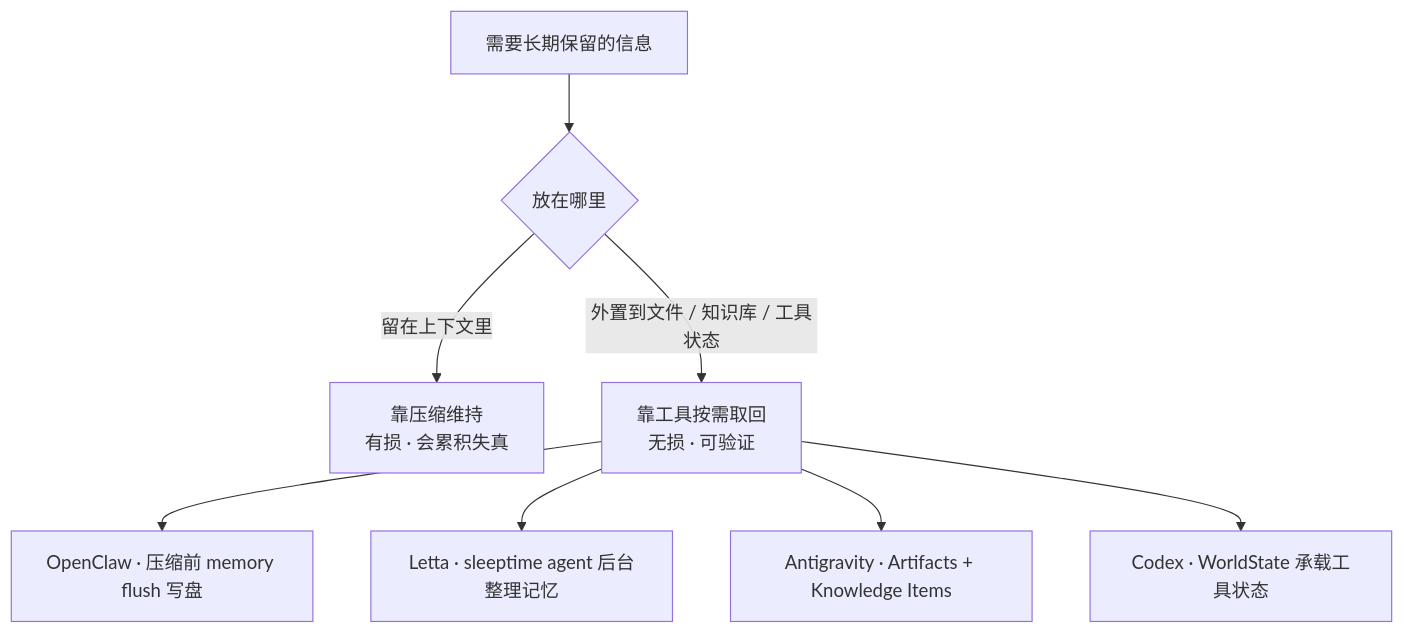
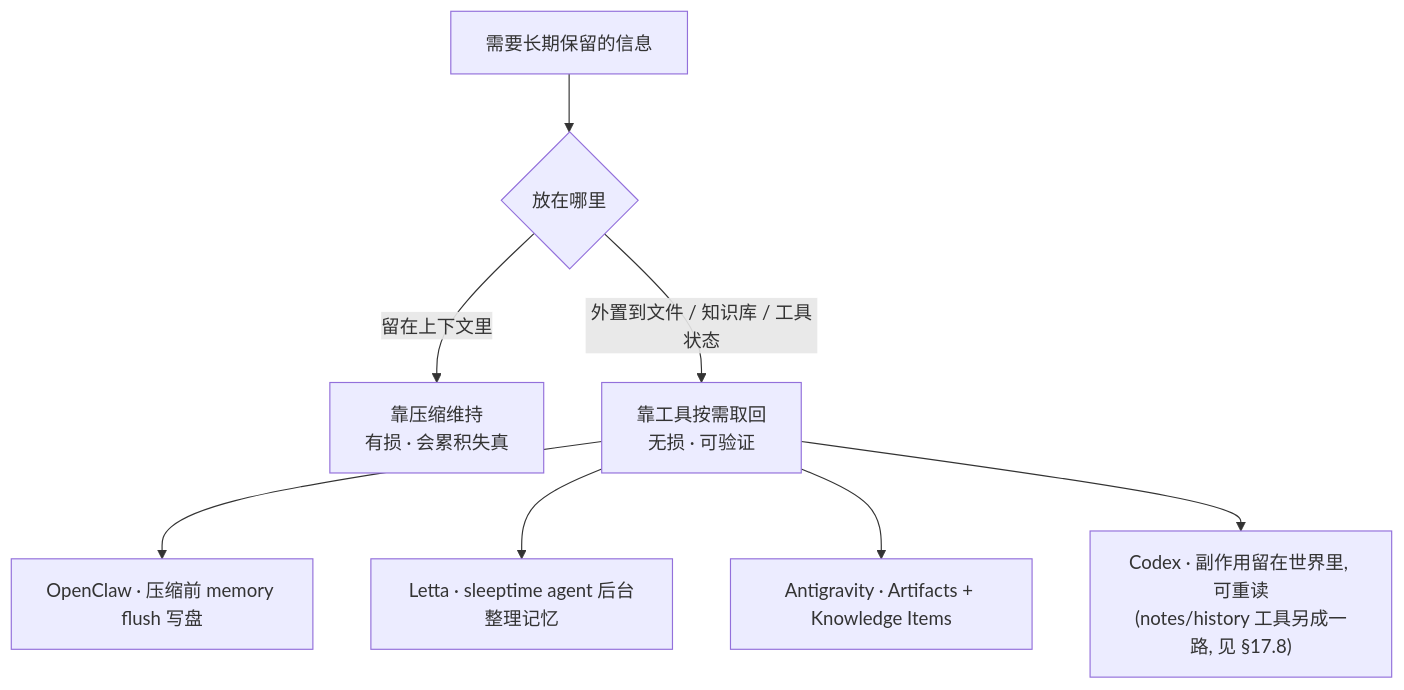
Before and after one commit to caiboyang/ML-learning: the sixth of 19 diagrams in agent-context-compression/Agent_Context_Compression_Research.md, drawn with Mermaid. The commit also changed other lines of this file, not shown here.

````diff
--- a/agent-context-compression/Agent_Context_Compression_Research.md
+++ b/agent-context-compression/Agent_Context_Compression_Research.md
@@ -341,10 +351,10 @@
 ```mermaid
 flowchart TD
     S["需要长期保留的信息"] --> Q{"放在哪里"}
     Q -->|"留在上下文里"| A["靠压缩维持<br/>有损 · 会累积失真"]
     Q -->|"外置到文件 / 知识库 / 工具状态"| B["靠工具按需取回<br/>无损 · 可验证"]
     B --> B1["OpenClaw · 压缩前 memory flush 写盘"]
     B --> B2["Letta · sleeptime agent 后台整理记忆"]
     B --> B3["Antigravity · Artifacts + Knowledge Items"]
-    B --> B4["Codex · WorldState 承载工具状态"]
+    B --> B4["Codex · 副作用留在世界里, 可重读<br/>(notes/history 工具另成一路, 见 §17.8)"]
 ```
````
